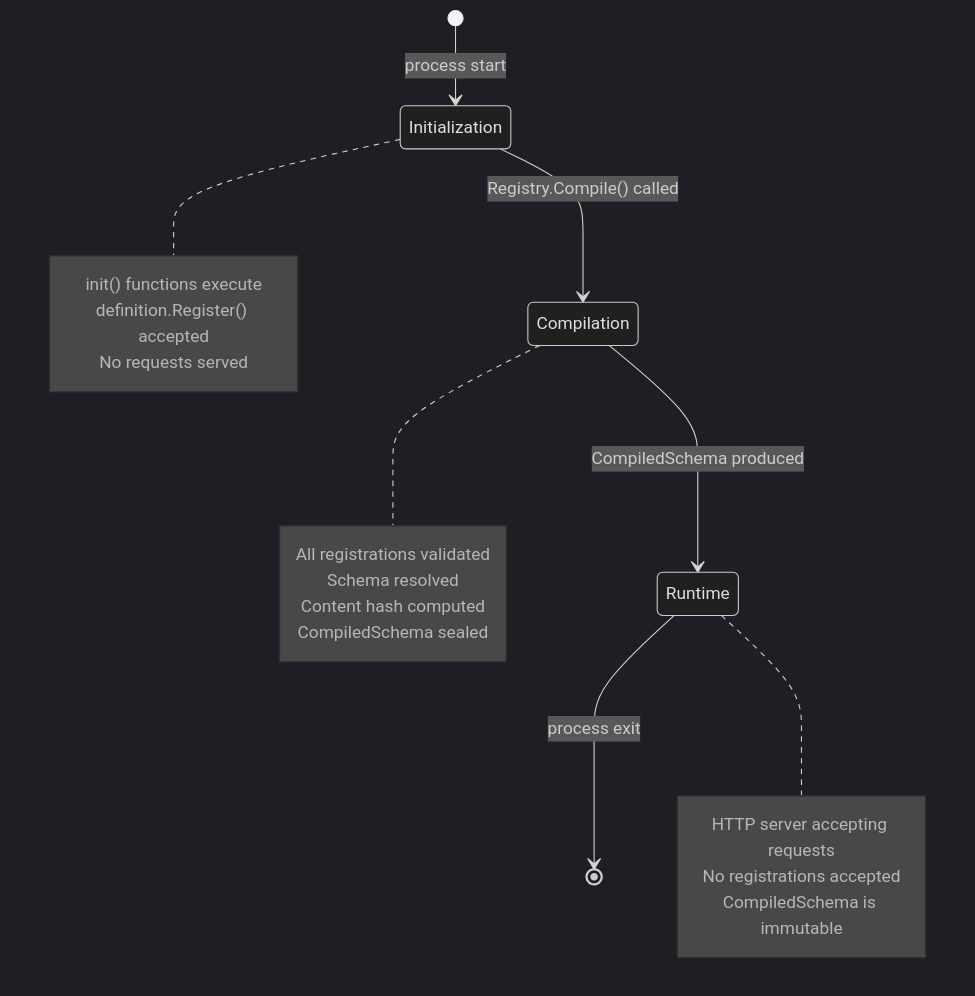
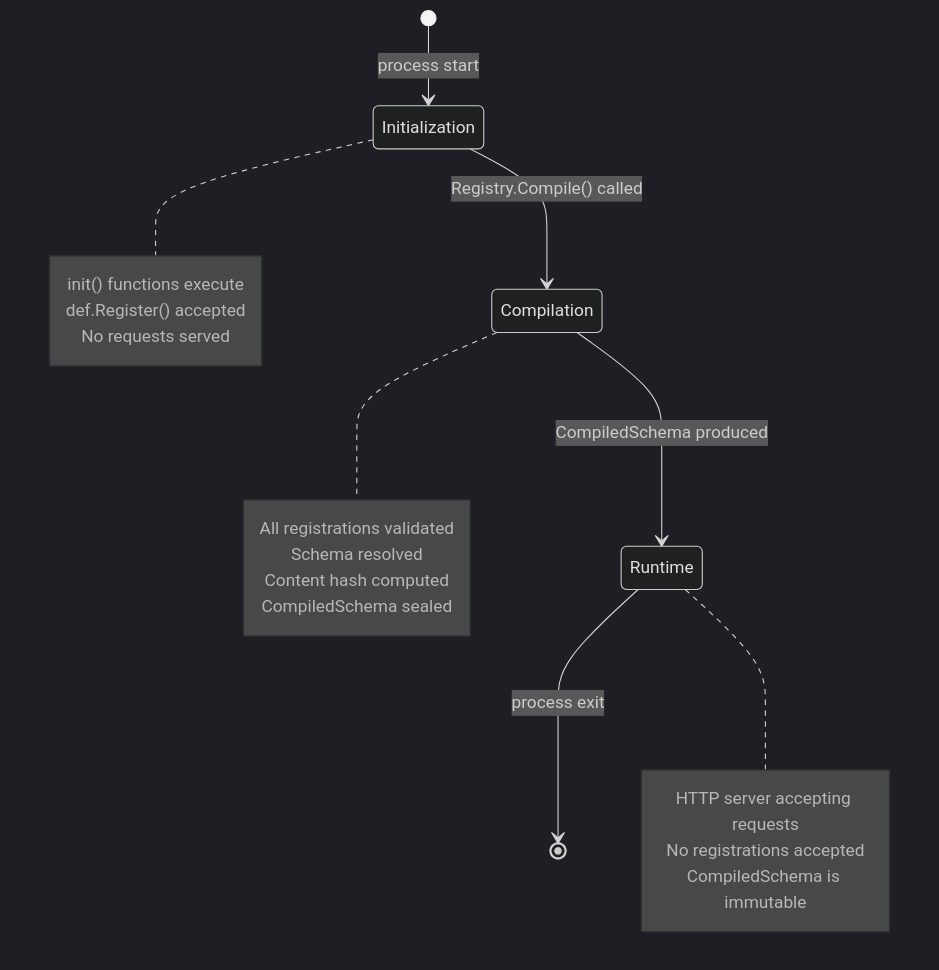
One commit to niiniyare/erp changed the first of 2 diagrams in awo/docs/03-kernel/compilation-pipeline.md. Above: the diagram before and after it, drawn with Mermaid (dark theme). The commit also changed other lines of this file and 101 other files, not shown here.

````diff
--- a/awo/docs/03-kernel/compilation-pipeline.md
+++ b/awo/docs/03-kernel/compilation-pipeline.md
@@ -46,26 +46,26 @@
 ```mermaid
 stateDiagram-v2
     [*] --> Initialization: process start
     Initialization --> Compilation: Registry.Compile() called
     Compilation --> Runtime: CompiledSchema produced
     Runtime --> [*]: process exit
 
     note right of Initialization
         init() functions execute
-        definition.Register() accepted
+        def.Register() accepted
         No requests served
     end note
 
     note right of Compilation
         All registrations validated
         Schema resolved
         Content hash computed
         CompiledSchema sealed
     end note
 
     note right of Runtime
         HTTP server accepting requests
         No registrations accepted
         CompiledSchema is immutable
     end note
 ```
````
